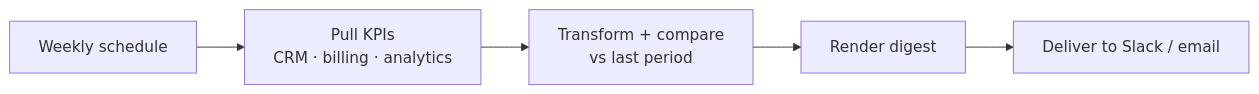
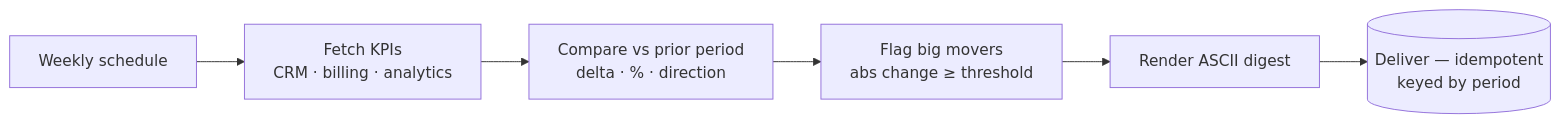
One commit to danieaneta/business-automation-playbook changed the diagram in 05-automated-reporting/README.md. Above: the diagram before and after it, drawn with Mermaid. The commit also changed other lines of this file and 69 other files, not shown here.

````diff
--- a/05-automated-reporting/README.md
+++ b/05-automated-reporting/README.md
@@ -15,7 +17,8 @@
 ```mermaid
 flowchart LR
-    A[Weekly schedule] --> B[Pull KPIs<br/>CRM · billing · analytics]
-    B --> C[Transform + compare<br/>vs last period]
-    C --> D[Render digest]
-    D --> E[Deliver to Slack / email]
+    A[Weekly schedule] --> B[Fetch KPIs<br/>CRM · billing · analytics]
+    B --> C[Compare vs prior period<br/>delta · % · direction]
+    C --> D[Flag big movers<br/>abs change ≥ threshold]
+    D --> E[Render ASCII digest]
+    E --> F[(Deliver — idempotent<br/>keyed by period)]
 ```
````
